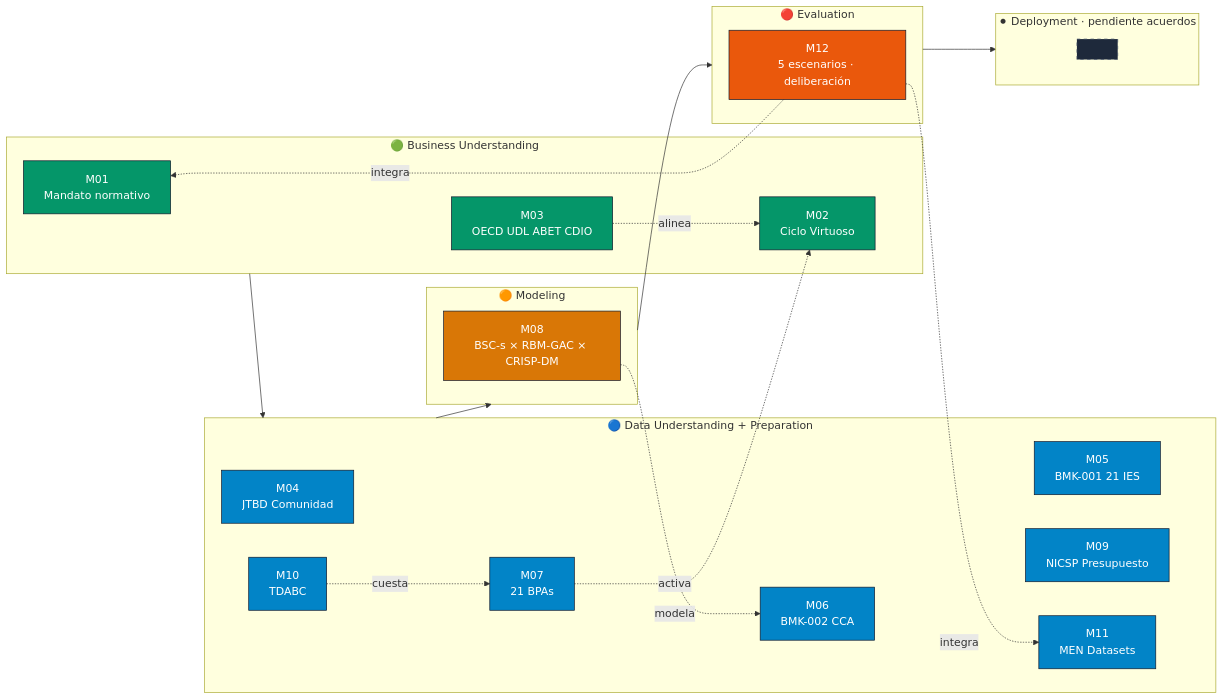
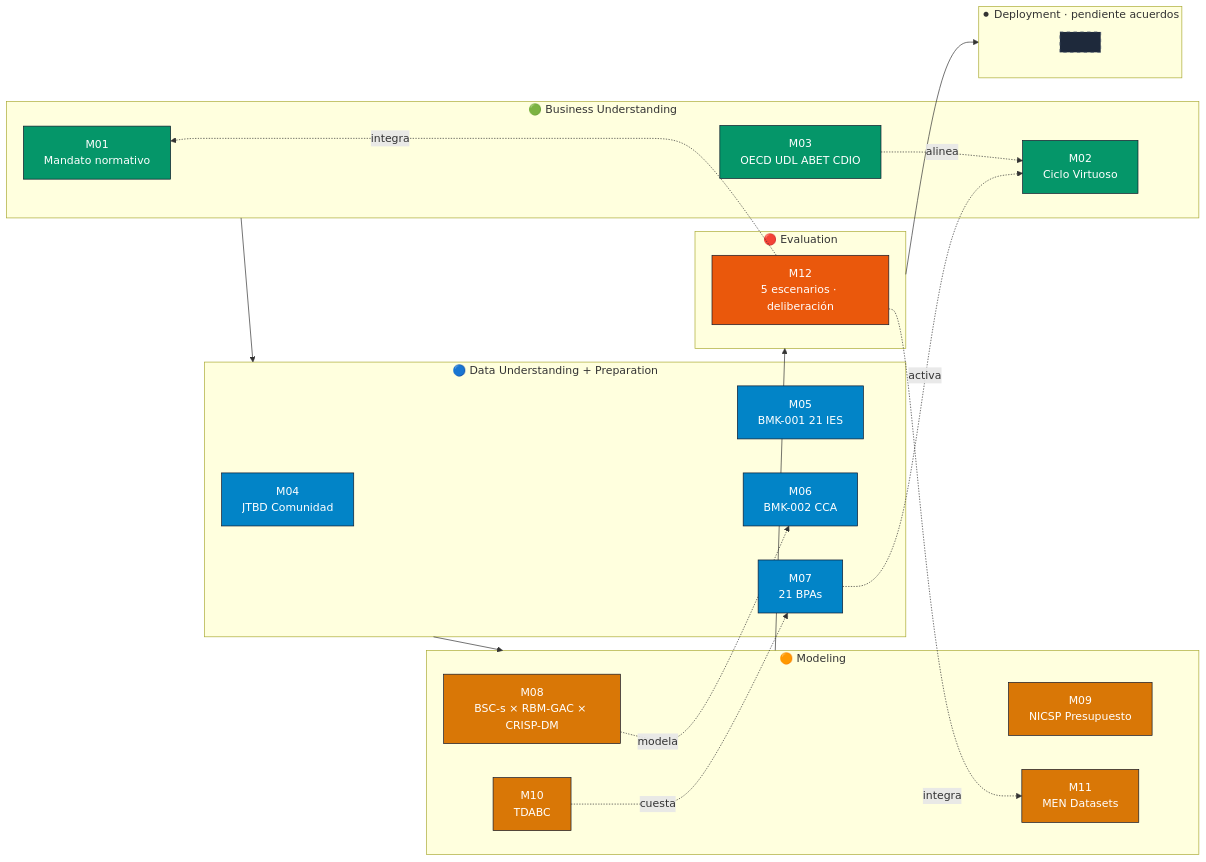
The diagram in apps/portal-next/content/canonico/dash-canonico.md (ccolombia-ui/reforma-ud), drawn with Mermaid before and after one commit. The commit also changed 4 other files, not shown here.

````diff
--- a/apps/portal-next/content/canonico/dash-canonico.md
+++ b/apps/portal-next/content/canonico/dash-canonico.md
@@ -18,46 +18,46 @@
 ```mermaid
 flowchart LR
     subgraph BU ["🟢 Business Understanding"]
         M01[M01<br/>Mandato normativo]
         M02[M02<br/>Ciclo Virtuoso]
         M03[M03<br/>OECD UDL ABET CDIO]
     end
     subgraph DU ["🔵 Data Understanding + Preparation"]
         M04[M04<br/>JTBD Comunidad]
         M05[M05<br/>BMK-001 21 IES]
         M06[M06<br/>BMK-002 CCA]
         M07[M07<br/>21 BPAs]
+    end
+    subgraph MO ["🟠 Modeling"]
+        M08[M08<br/>BSC-s × RBM-GAC × CRISP-DM]
         M09[M09<br/>NICSP Presupuesto]
         M10[M10<br/>TDABC]
         M11[M11<br/>MEN Datasets]
-    end
-    subgraph MO ["🟠 Modeling"]
-        M08[M08<br/>BSC-s × RBM-GAC × CRISP-DM]
     end
     subgraph EV ["🔴 Evaluation"]
         M12[M12<br/>5 escenarios · deliberación]
     end
     subgraph DE ["⚫ Deployment · pendiente acuerdos"]
         EMPTY[ ]
     end
     BU --> DU --> MO --> EV --> DE
     M03 -.alinea.-> M02
     M07 -.activa.-> M02
     M08 -.modela.-> M06
     M10 -.cuesta.-> M07
     M12 -.integra.-> M01
     M12 -.integra.-> M11
     style M01 fill:#059669,stroke:#0f172a,color:#fff
     style M02 fill:#059669,stroke:#0f172a,color:#fff
     style M03 fill:#059669,stroke:#0f172a,color:#fff
     style M04 fill:#0284c7,stroke:#0f172a,color:#fff
     style M05 fill:#0284c7,stroke:#0f172a,color:#fff
     style M06 fill:#0284c7,stroke:#0f172a,color:#fff
     style M07 fill:#0284c7,stroke:#0f172a,color:#fff
-    style M09 fill:#0284c7,stroke:#0f172a,color:#fff
-    style M10 fill:#0284c7,stroke:#0f172a,color:#fff
-    style M11 fill:#0284c7,stroke:#0f172a,color:#fff
     style M08 fill:#d97706,stroke:#0f172a,color:#fff
+    style M09 fill:#d97706,stroke:#0f172a,color:#fff
+    style M10 fill:#d97706,stroke:#0f172a,color:#fff
+    style M11 fill:#d97706,stroke:#0f172a,color:#fff
     style M12 fill:#ea580c,stroke:#0f172a,color:#fff
     style EMPTY fill:#1e293b,stroke:#475569,color:#94a3b8,stroke-dasharray: 5 5
 ```
````
